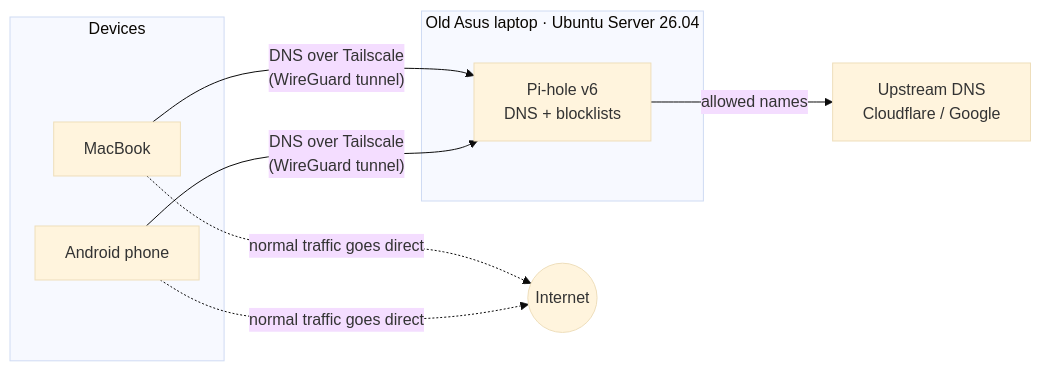
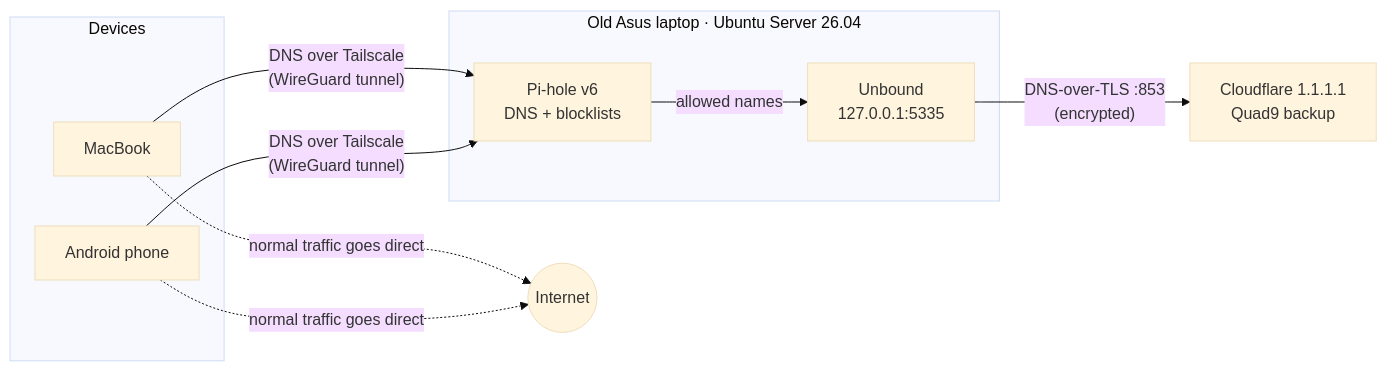
One commit to Aameer-Khan/home-focus-switch changed the diagram in README.md. Above: the diagram before and after it, drawn with Mermaid (base theme). The commit also changed other lines of this file and 5 other files, not shown here.

First line of the commit message:
Add encrypted upstream DNS (Unbound + DoT) and SSH key setup

````diff
--- a/README.md
+++ b/README.md
@@ -14,17 +14,19 @@
 ```mermaid
 flowchart LR
     subgraph Devices
         M[MacBook]
         P[Android phone]
     end
 
     subgraph Laptop["Old Asus laptop · Ubuntu Server 26.04"]
         PH[Pi-hole v6<br/>DNS + blocklists]
+        UB[Unbound<br/>127.0.0.1:5335]
     end
 
     M -- "DNS over Tailscale<br/>(WireGuard tunnel)" --> PH
     P -- "DNS over Tailscale<br/>(WireGuard tunnel)" --> PH
-    PH -- "allowed names" --> U[Upstream DNS<br/>Cloudflare / Google]
+    PH -- "allowed names" --> UB
+    UB -- "DNS-over-TLS :853<br/>(encrypted)" --> U[Cloudflare 1.1.1.1<br/>Quad9 backup]
     M -. "normal traffic goes direct" .-> I((Internet))
     P -. "normal traffic goes direct" .-> I
 ```
````
